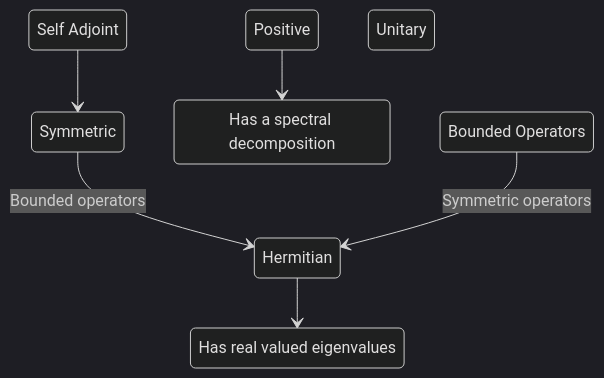
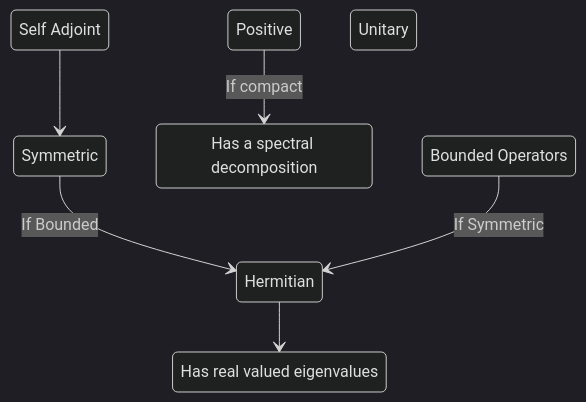
One commit to migueltorrescosta/collapsedwave changed the diagram in content/📐 Metric Spaces/Operators/📘 Linear Operator.md. Above: the diagram before and after it, drawn with Mermaid (dark theme). The commit also changed other lines of this file and 28 other files, not shown here.

````diff
--- a/content/📐 Metric Spaces/Operators/📘 Linear Operator.md
+++ b/content/📐 Metric Spaces/Operators/📘 Linear Operator.md
@@ -25,16 +25,16 @@
 ```mermaid
 stateDiagram
 	Hermitian: Hermitian
 	Positive: Positive
 	Bounded: Bounded Operators
 	Real: Has real valued eigenvalues
 	SelfAdjoint: Self Adjoint
 	Spectral: Has a spectral decomposition
 	Symmetric: Symmetric
 	Unitary: Unitary
-	Symmetric --> Hermitian : Bounded operators
-	Bounded --> Hermitian : Symmetric operators
-	Positive --> Spectral
+	Symmetric --> Hermitian : If Bounded
+	Bounded --> Hermitian : If Symmetric
+	Positive --> Spectral : If compact
 	Hermitian --> Real
 	SelfAdjoint --> Symmetric
 ```
````
